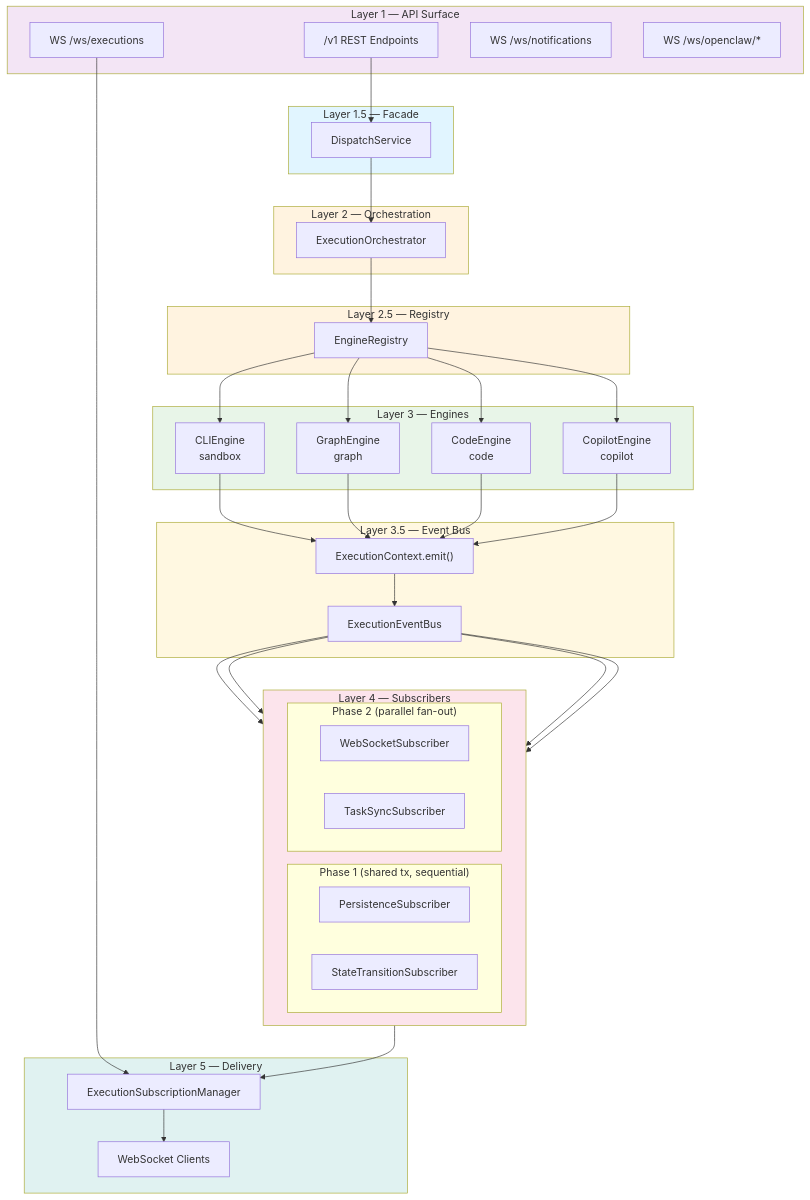
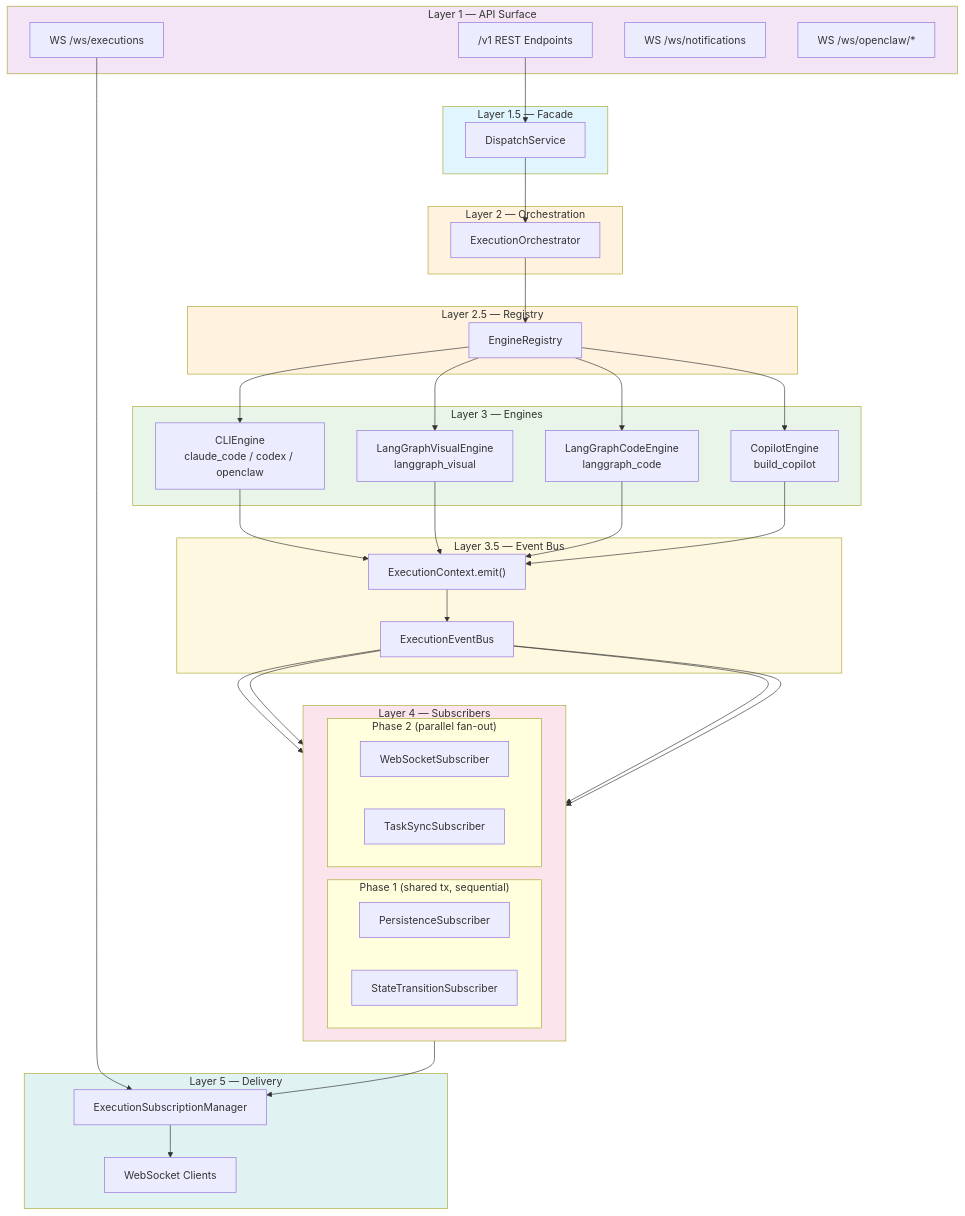
Before and after one commit to jd-opensource/JoySafeter: the first of 3 diagrams in docs/ARCHITECTURE.md, drawn with Mermaid. The commit also changed other lines of this file, not shown here.

First line of the commit message:
docs: rewrite ARCHITECTURE.md to match actual codebase

````diff
--- a/docs/ARCHITECTURE.md
+++ b/docs/ARCHITECTURE.md
@@ -19,70 +19,70 @@
 ```mermaid
 flowchart TB
     subgraph L1["Layer 1 — API Surface"]
         REST["/v1 REST Endpoints"]
         WS_EXEC["WS /ws/executions"]
         WS_NOTIF["WS /ws/notifications"]
         WS_CLAW["WS /ws/openclaw/*"]
     end
 
     subgraph L15["Layer 1.5 — Facade"]
         DISPATCH["DispatchService"]
     end
 
     subgraph L2["Layer 2 — Orchestration"]
         ORCH["ExecutionOrchestrator"]
     end
 
     subgraph L25["Layer 2.5 — Registry"]
         REG["EngineRegistry"]
     end
 
     subgraph L3["Layer 3 — Engines"]
-        CLI["CLIEngine<br/>sandbox"]
-        GRAPH["GraphEngine<br/>graph"]
-        CODE["CodeEngine<br/>code"]
-        COPILOT["CopilotEngine<br/>copilot"]
+        CLI["CLIEngine<br/>claude_code / codex / openclaw"]
+        GRAPH["LangGraphVisualEngine<br/>langgraph_visual"]
+        CODE["LangGraphCodeEngine<br/>langgraph_code"]
+        COPILOT["CopilotEngine<br/>build_copilot"]
     end
 
     subgraph L35["Layer 3.5 — Event Bus"]
         CTX["ExecutionContext.emit()"]
         BUS["ExecutionEventBus"]
     end
 
     subgraph L4["Layer 4 — Subscribers"]
         direction LR
         subgraph Phase1["Phase 1 (shared tx, sequential)"]
             PERSIST["PersistenceSubscriber"]
             STATE["StateTransitionSubscriber"]
         end
         subgraph Phase2["Phase 2 (parallel fan-out)"]
             WS_SUB["WebSocketSubscriber"]
             TASK_SUB["TaskSyncSubscriber"]
         end
     end
 
     subgraph L5["Layer 5 — Delivery"]
         MGR["ExecutionSubscriptionManager"]
         CLIENTS["WebSocket Clients"]
     end
 
     REST --> DISPATCH
     DISPATCH --> ORCH
     ORCH --> REG
     REG --> CLI & GRAPH & CODE & COPILOT
     CLI & GRAPH & CODE & COPILOT --> CTX
     CTX --> BUS
     BUS --> PERSIST & STATE
     BUS --> WS_SUB & TASK_SUB
     WS_SUB --> MGR --> CLIENTS
     WS_EXEC --> MGR
 
     style L1 fill:#f3e5f5
     style L15 fill:#e1f5ff
     style L2 fill:#fff3e0
     style L25 fill:#fff3e0
     style L3 fill:#e8f5e8
     style L35 fill:#fff8e1
     style L4 fill:#fce4ec
     style L5 fill:#e0f2f1
 ```
````
